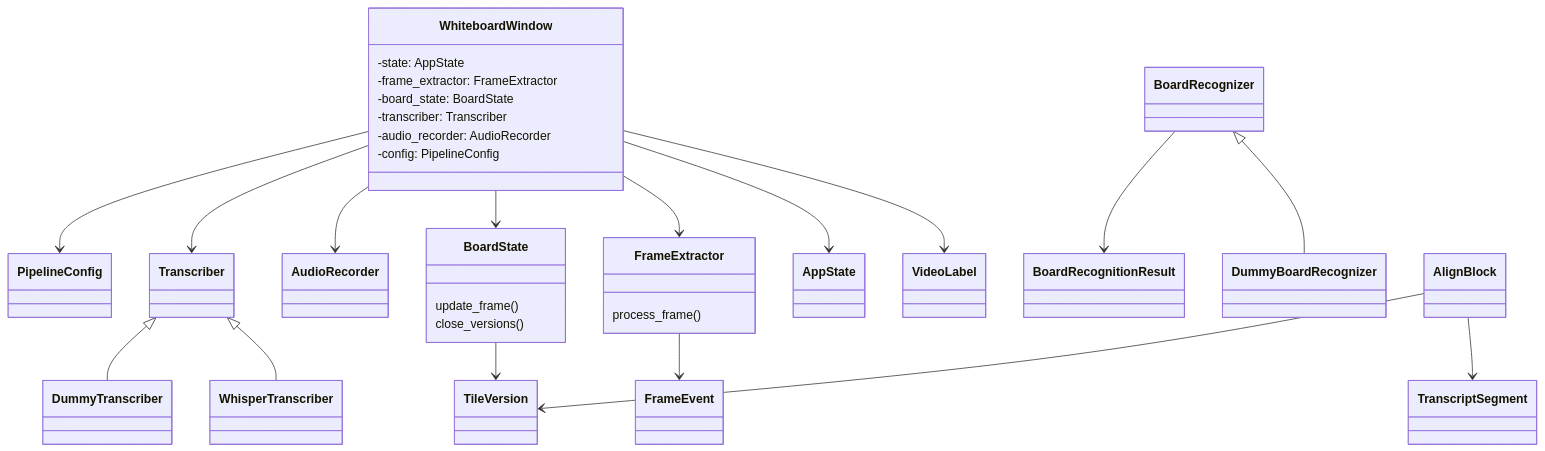
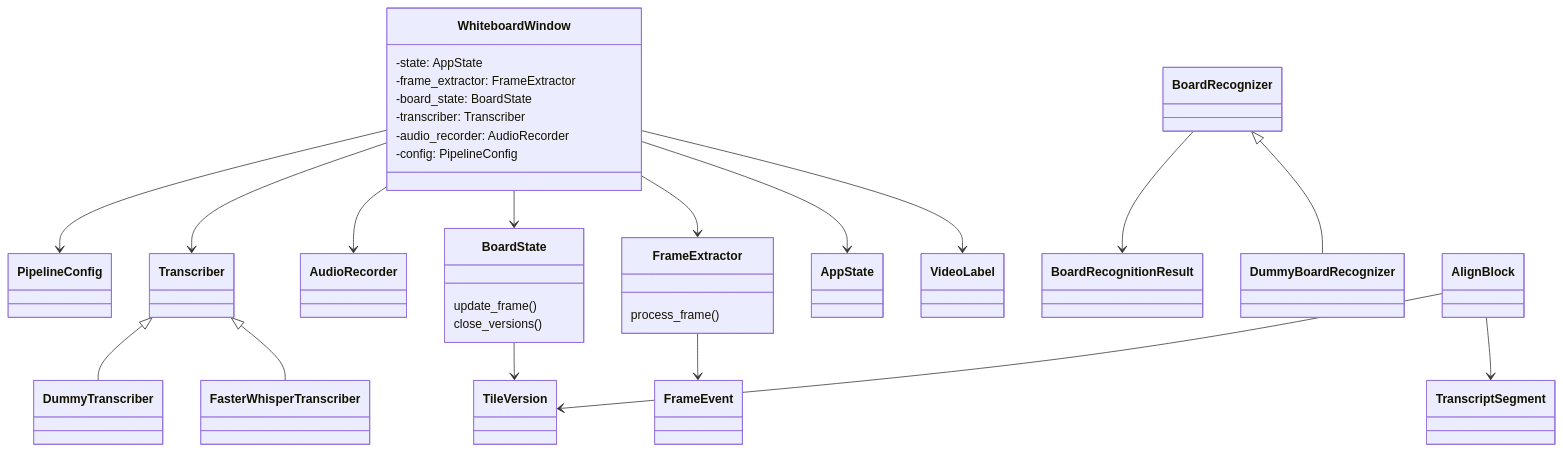
The diagram in docs/overview.md (anflyg/WhiteboardProject), drawn with Mermaid before and after one commit. The commit also changed other lines of this file and 1 other file, not shown here.

````diff
--- a/docs/overview.md
+++ b/docs/overview.md
@@ -97,51 +97,51 @@
 ```mermaid
 classDiagram
     class WhiteboardWindow {
       -state: AppState
       -frame_extractor: FrameExtractor
       -board_state: BoardState
       -transcriber: Transcriber
       -audio_recorder: AudioRecorder
       -config: PipelineConfig
     }
     class VideoLabel
     class AppState
     class PipelineConfig
     class FrameExtractor {
       process_frame()
     }
     class FrameEvent
     class BoardState {
       update_frame()
       close_versions()
     }
     class TileVersion
     class AudioRecorder
     class Transcriber
-    class WhisperTranscriber
+    class FasterWhisperTranscriber
     class DummyTranscriber
     class TranscriptSegment
     class BoardRecognizer
     class DummyBoardRecognizer
     class BoardRecognitionResult
     class AlignBlock
 
     WhiteboardWindow --> VideoLabel
     WhiteboardWindow --> AppState
     WhiteboardWindow --> FrameExtractor
     WhiteboardWindow --> BoardState
     WhiteboardWindow --> AudioRecorder
     WhiteboardWindow --> Transcriber
     WhiteboardWindow --> PipelineConfig
 
     FrameExtractor --> FrameEvent
     BoardState --> TileVersion
 
-    Transcriber <|-- WhisperTranscriber
+    Transcriber <|-- FasterWhisperTranscriber
     Transcriber <|-- DummyTranscriber
     BoardRecognizer <|-- DummyBoardRecognizer
     BoardRecognizer --> BoardRecognitionResult
 
     AlignBlock --> TranscriptSegment
     AlignBlock --> TileVersion
 ```
````
